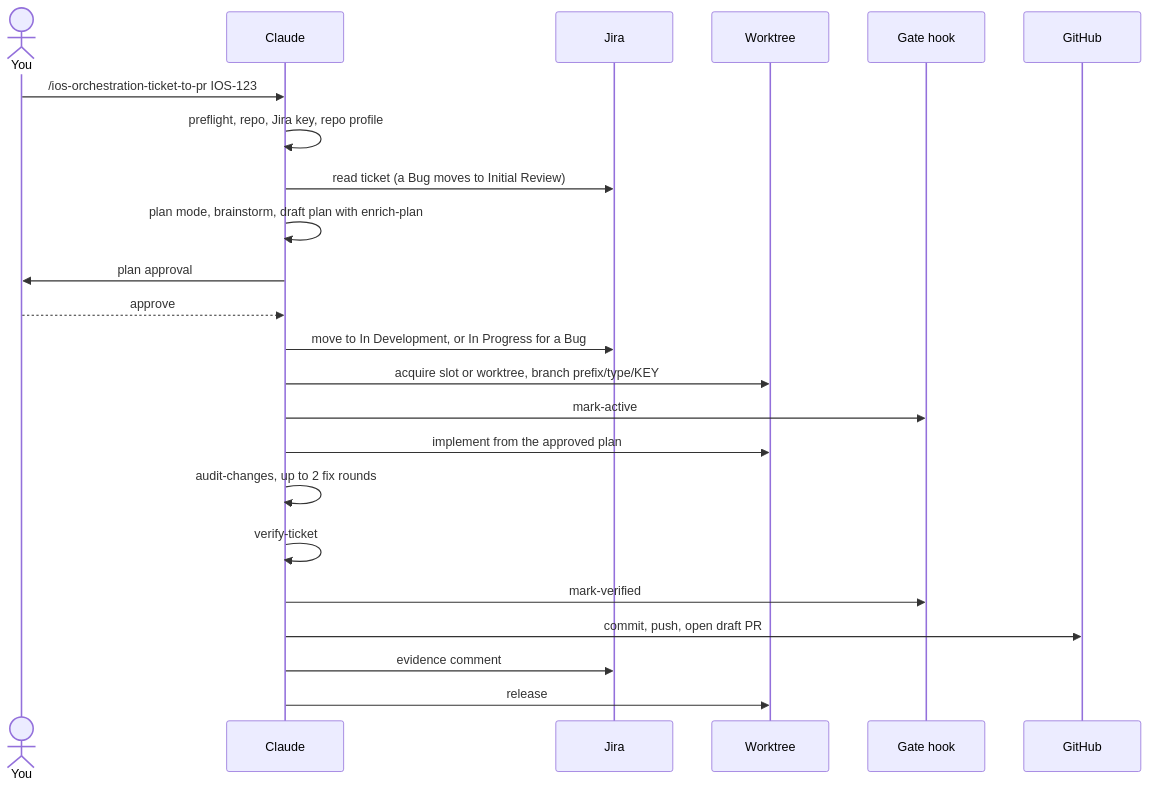
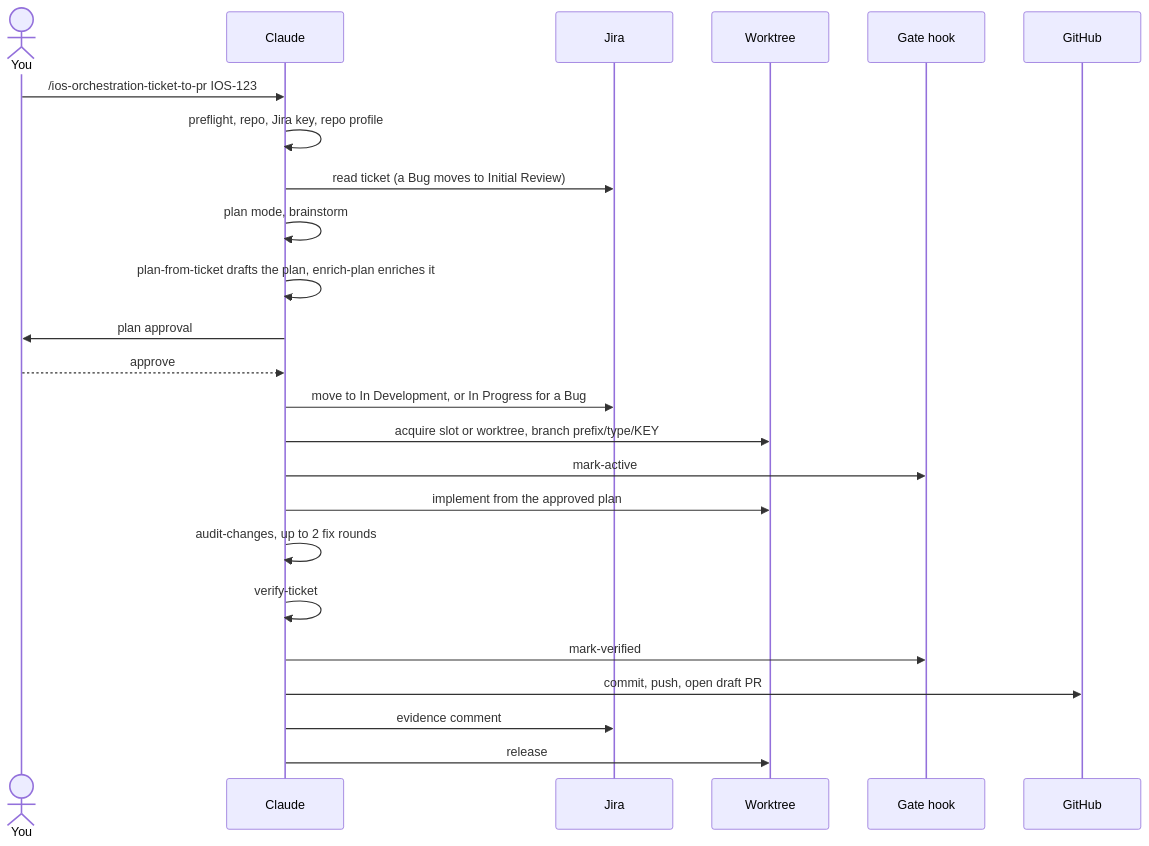
One commit to gdncomm-aditya-h/adit-mobile-orchestration changed the diagram in docs/ticket-flow.md. Above: the diagram before and after it, drawn with Mermaid. The commit also changed other lines of this file and 8 other files, not shown here.

Commit message:
docs: show plan-from-ticket as the drafting step, ticket-to-pr calling its five steps, all skills Claude Code only

````diff
--- a/docs/ticket-flow.md
+++ b/docs/ticket-flow.md
@@ -9,26 +9,27 @@
 ```mermaid
 sequenceDiagram
     actor You
     participant Claude
     participant Jira
     participant Slot as Worktree
     participant Gate as Gate hook
     participant GH as GitHub
 
     You->>Claude: /ios-orchestration-ticket-to-pr IOS-123
     Claude->>Claude: preflight, repo, Jira key, repo profile
     Claude->>Jira: read ticket (a Bug moves to Initial Review)
-    Claude->>Claude: plan mode, brainstorm, draft plan with enrich-plan
+    Claude->>Claude: plan mode, brainstorm
+    Claude->>Claude: plan-from-ticket drafts the plan, enrich-plan enriches it
     Claude->>You: plan approval
     You-->>Claude: approve
     Claude->>Jira: move to In Development, or In Progress for a Bug
     Claude->>Slot: acquire slot or worktree, branch prefix/type/KEY
     Claude->>Gate: mark-active
     Claude->>Slot: implement from the approved plan
     Claude->>Claude: audit-changes, up to 2 fix rounds
     Claude->>Claude: verify-ticket
     Claude->>Gate: mark-verified
     Claude->>GH: commit, push, open draft PR
     Claude->>Jira: evidence comment
     Claude->>Slot: release
 ```
````
